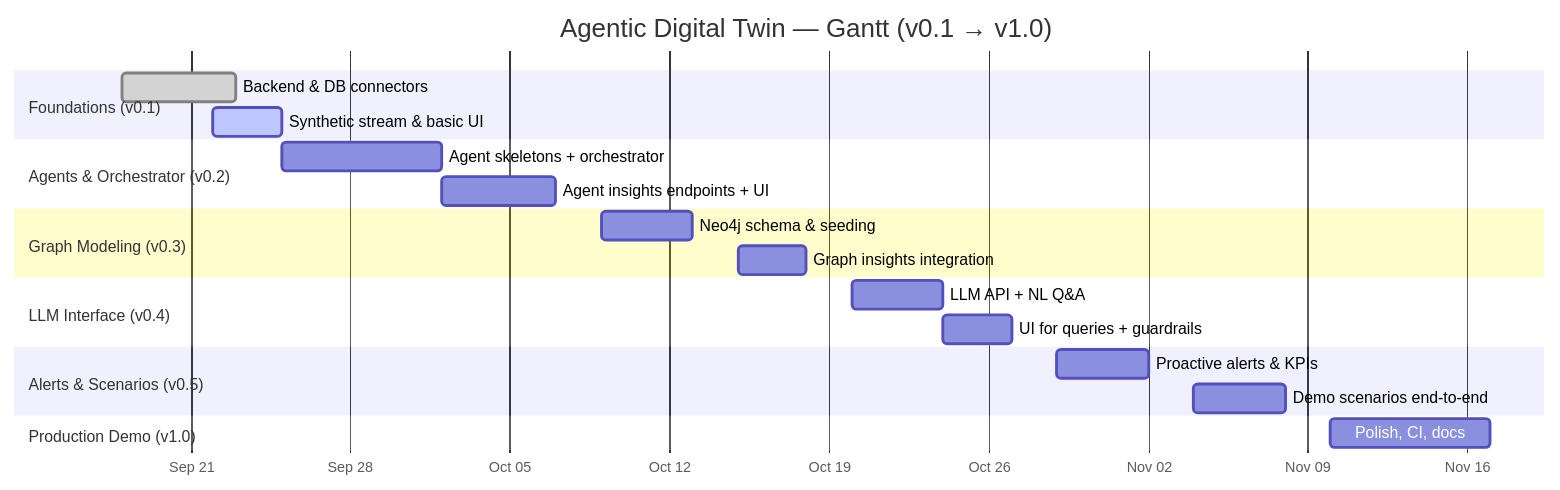
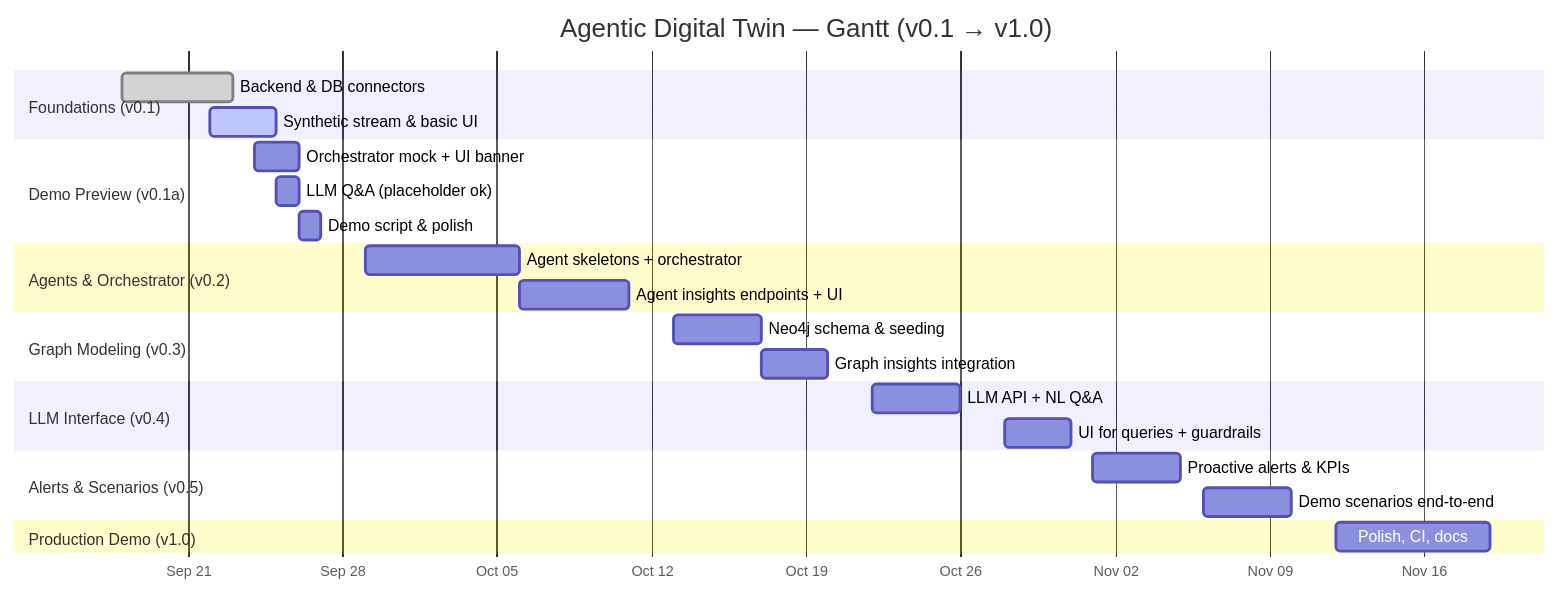
Before and after one commit to pbentle2006/Enterprise-Digital-Twin: the diagram in docs/ROADMAP.md, drawn with Mermaid. The commit also changed other lines of this file and 4 other files, not shown here.

Commit message:
v0.1a prep: mock orchestrator endpoint, client recommendation banner, demo script; roadmap updated for earlier demo

````diff
--- a/docs/ROADMAP.md
+++ b/docs/ROADMAP.md
@@ -78,29 +87,34 @@
 ```mermaid
 gantt
     title Agentic Digital Twin — Gantt (v0.1 → v1.0)
     dateFormat  YYYY-MM-DD
     axisFormat  %b %d
 
     section Foundations (v0.1)
     Backend & DB connectors          :done,   v01a, 2025-09-18, 5d
     Synthetic stream & basic UI      :active, v01b, 2025-09-22, 3d
 
+    section Demo Preview (v0.1a)
+    Orchestrator mock + UI banner    :        v01c, 2025-09-24, 2d
+    LLM Q&A (placeholder ok)         :        v01d, 2025-09-25, 1d
+    Demo script & polish             :        v01e, 2025-09-26, 1d
+
     section Agents & Orchestrator (v0.2)
-    Agent skeletons + orchestrator   :        v02a, 2025-09-25, 7d
-    Agent insights endpoints + UI    :        v02b, 2025-10-02, 5d
+    Agent skeletons + orchestrator   :        v02a, 2025-09-29, 7d
+    Agent insights endpoints + UI    :        v02b, 2025-10-06, 5d
 
     section Graph Modeling (v0.3)
-    Neo4j schema & seeding           :        v03a, 2025-10-09, 4d
-    Graph insights integration       :        v03b, 2025-10-15, 3d
+    Neo4j schema & seeding           :        v03a, 2025-10-13, 4d
+    Graph insights integration       :        v03b, 2025-10-17, 3d
 
     section LLM Interface (v0.4)
-    LLM API + NL Q&A                 :        v04a, 2025-10-20, 4d
-    UI for queries + guardrails      :        v04b, 2025-10-24, 3d
+    LLM API + NL Q&A                 :        v04a, 2025-10-22, 4d
+    UI for queries + guardrails      :        v04b, 2025-10-28, 3d
 
     section Alerts & Scenarios (v0.5)
-    Proactive alerts & KPIs          :        v05a, 2025-10-29, 4d
-    Demo scenarios end-to-end        :        v05b, 2025-11-04, 4d
+    Proactive alerts & KPIs          :        v05a, 2025-11-01, 4d
+    Demo scenarios end-to-end        :        v05b, 2025-11-06, 4d
 
     section Production Demo (v1.0)
-    Polish, CI, docs                 :        v10a, 2025-11-10, 7d
+    Polish, CI, docs                 :        v10a, 2025-11-12, 7d
 ```
````
